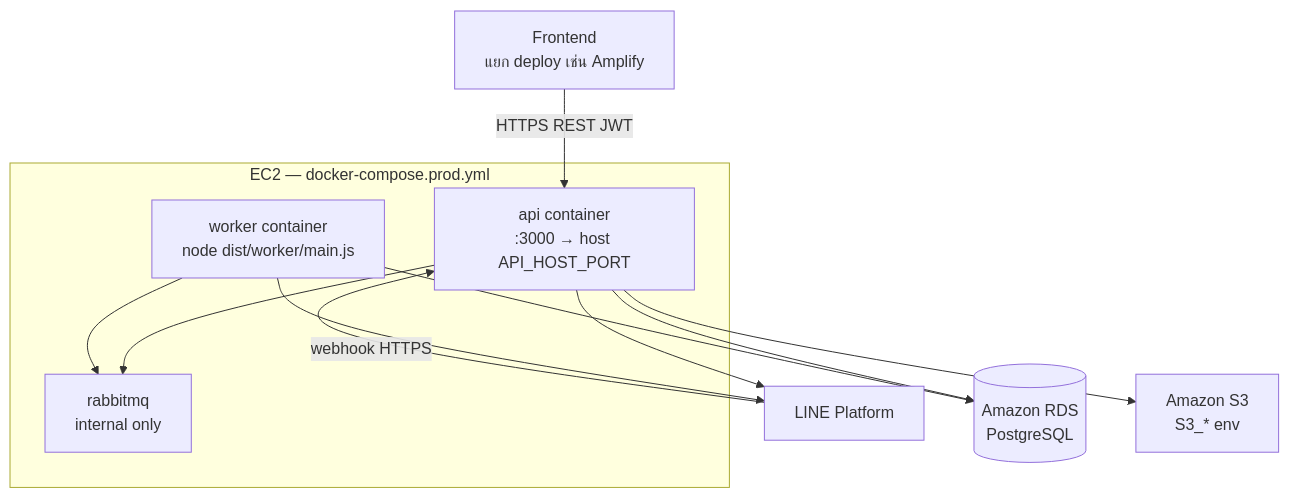
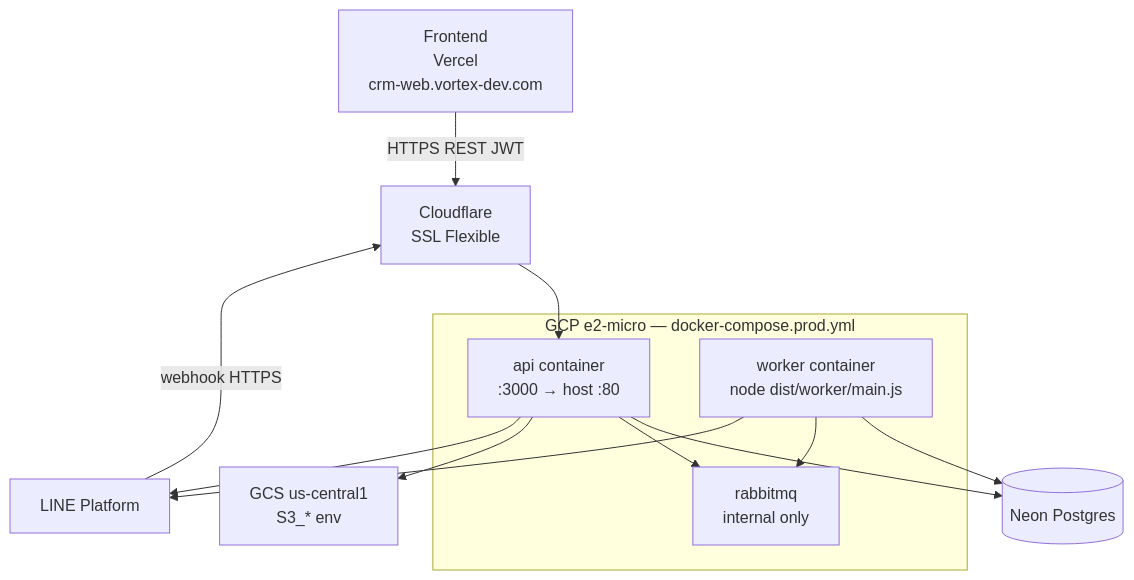
Before and after one commit to kittiBank/crm-lineoa-api: the second of 3 diagrams in docs/architecture/02-containers.md, drawn with Mermaid. The commit also changed other lines of this file and 1 other file, not shown here.

Commit message:
docs: update architecture for Vercel, GCP, Neon, and GCS

````diff
--- a/docs/architecture/02-containers.md
+++ b/docs/architecture/02-containers.md
@@ -101,24 +101,26 @@
 ```mermaid
 flowchart TB
-  FE[Frontend<br/>แยก deploy เช่น Amplify]
+  FE[Frontend<br/>Vercel<br/>crm-web.vortex-dev.com]
   LINE[LINE Platform]
+  CF[Cloudflare<br/>SSL Flexible]
 
-  subgraph ec2 [EC2 — docker-compose.prod.yml]
-    API[api container<br/>:3000 → host API_HOST_PORT]
+  subgraph gcp [GCP e2-micro — docker-compose.prod.yml]
+    API[api container<br/>:3000 → host :80]
     W[worker container<br/>node dist/worker/main.js]
     RMQ[rabbitmq<br/>internal only]
   end
 
-  RDS[(Amazon RDS<br/>PostgreSQL)]
-  S3[Amazon S3<br/>S3_* env]
+  Neon[(Neon Postgres)]
+  GCS[GCS us-central1<br/>S3_* env]
 
-  FE -->|HTTPS REST JWT| API
-  LINE -->|webhook HTTPS| API
-  API --> RDS
-  W --> RDS
+  FE -->|HTTPS REST JWT| CF
+  CF --> API
+  LINE -->|webhook HTTPS| CF
+  API --> Neon
+  W --> Neon
   API --> RMQ
   W --> RMQ
-  API --> S3
+  API --> GCS
   API --> LINE
   W --> LINE
 ```
````
